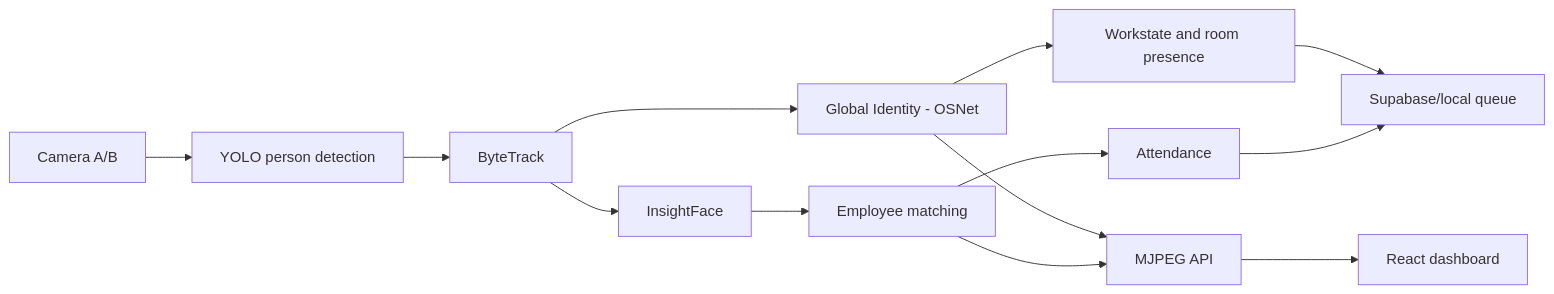
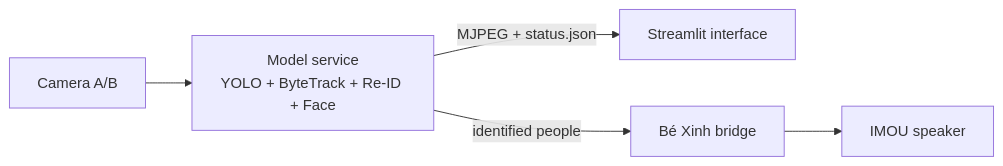
One commit to AnhDuybugde/camera-ojt changed the diagram in README.md. Above: the diagram before and after it, drawn with Mermaid. The commit also changed other lines of this file and 270 other files, not shown here.

Commit message:
Integrate camera tracking, attendance UI, and Be Xinh audio

````diff
--- a/README.md
+++ b/README.md
@@ -178,15 +17,7 @@
 ```mermaid
 flowchart LR
-    A[Camera A/B] --> B[YOLO person detection]
-    B --> C[ByteTrack]
-    C --> D[Global Identity - OSNet]
-    C --> E[InsightFace]
-    E --> F[Employee matching]
-    D --> G[Workstate and room presence]
-    F --> H[Attendance]
-    G --> I[Supabase/local queue]
-    H --> I
-    D --> J[MJPEG API]
-    F --> J
-    J --> K[React dashboard]
+    C[Camera A/B] --> M[Model service<br/>YOLO + ByteTrack + Re-ID + Face]
+    M -->|MJPEG + status.json| U[Streamlit interface]
+    M -->|identified people| B[Bé Xinh bridge]
+    B --> A[IMOU speaker]
 ```
````
